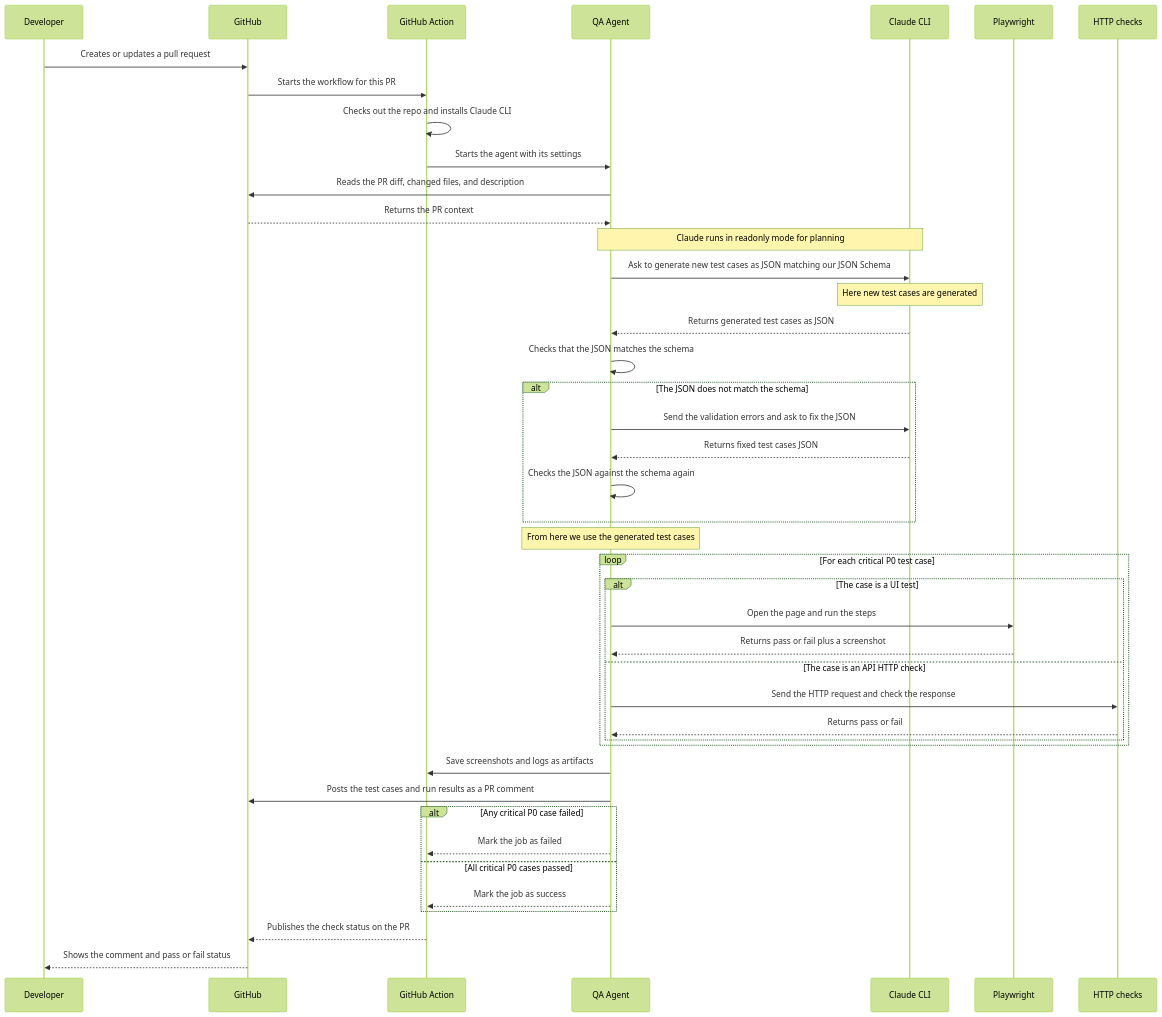
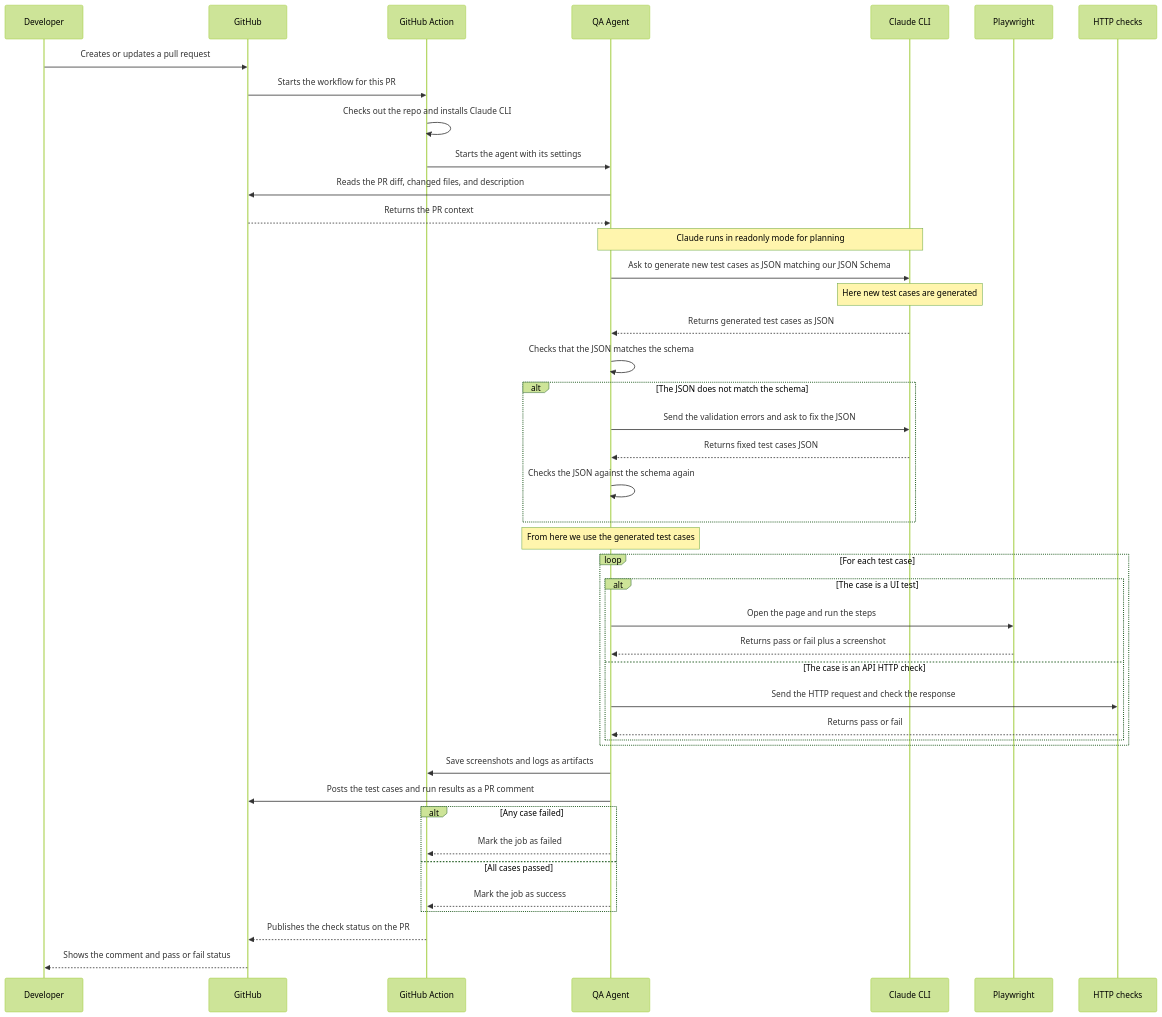
Before and after one commit to DmitryLukyanov/SDLCAgents: the diagram in .cursor/rules/qa-agent-flow.mdc, drawn with Mermaid (forest theme). The commit also changed other lines of this file and 23 other files, not shown here.

````diff
--- a/.cursor/rules/qa-agent-flow.mdc
+++ b/.cursor/rules/qa-agent-flow.mdc
@@ -14,53 +14,53 @@
 ```mermaid
 sequenceDiagram
   participant Dev as Developer
   participant GH as GitHub
   participant GHA as GitHub Action
   participant Agent as QA Agent
   participant Claude as Claude CLI
   participant PW as Playwright
   participant HTTP as HTTP checks
 
   Dev->>GH: Creates or updates a pull request
   GH->>GHA: Starts the workflow for this PR
   GHA->>GHA: Checks out the repo and installs Claude CLI
   GHA->>Agent: Starts the agent with its settings
 
   Agent->>GH: Reads the PR diff, changed files, and description
   GH-->>Agent: Returns the PR context
 
   Note over Agent,Claude: Claude runs in readonly mode for planning
   Agent->>Claude: Ask to generate new test cases as JSON matching our JSON Schema
   Note over Claude: Here new test cases are generated
   Claude-->>Agent: Returns generated test cases as JSON
 
   Agent->>Agent: Checks that the JSON matches the schema
 
   alt The JSON does not match the schema
     Agent->>Claude: Send the validation errors and ask to fix the JSON
     Claude-->>Agent: Returns fixed test cases JSON
     Agent->>Agent: Checks the JSON against the schema again
   end
 
   Note over Agent: From here we use the generated test cases
 
-  loop For each critical P0 test case
+  loop For each test case
     alt The case is a UI test
       Agent->>PW: Open the page and run the steps
       PW-->>Agent: Returns pass or fail plus a screenshot
     else The case is an API HTTP check
       Agent->>HTTP: Send the HTTP request and check the response
       HTTP-->>Agent: Returns pass or fail
     end
   end
   Agent->>GHA: Save screenshots and logs as artifacts
   Agent->>GH: Posts the test cases and run results as a PR comment
-  alt Any critical P0 case failed
+  alt Any case failed
     Agent-->>GHA: Mark the job as failed
-  else All critical P0 cases passed
+  else All cases passed
     Agent-->>GHA: Mark the job as success
   end
 
   GHA-->>GH: Publishes the check status on the PR
   GH-->>Dev: Shows the comment and pass or fail status
 ```
````
